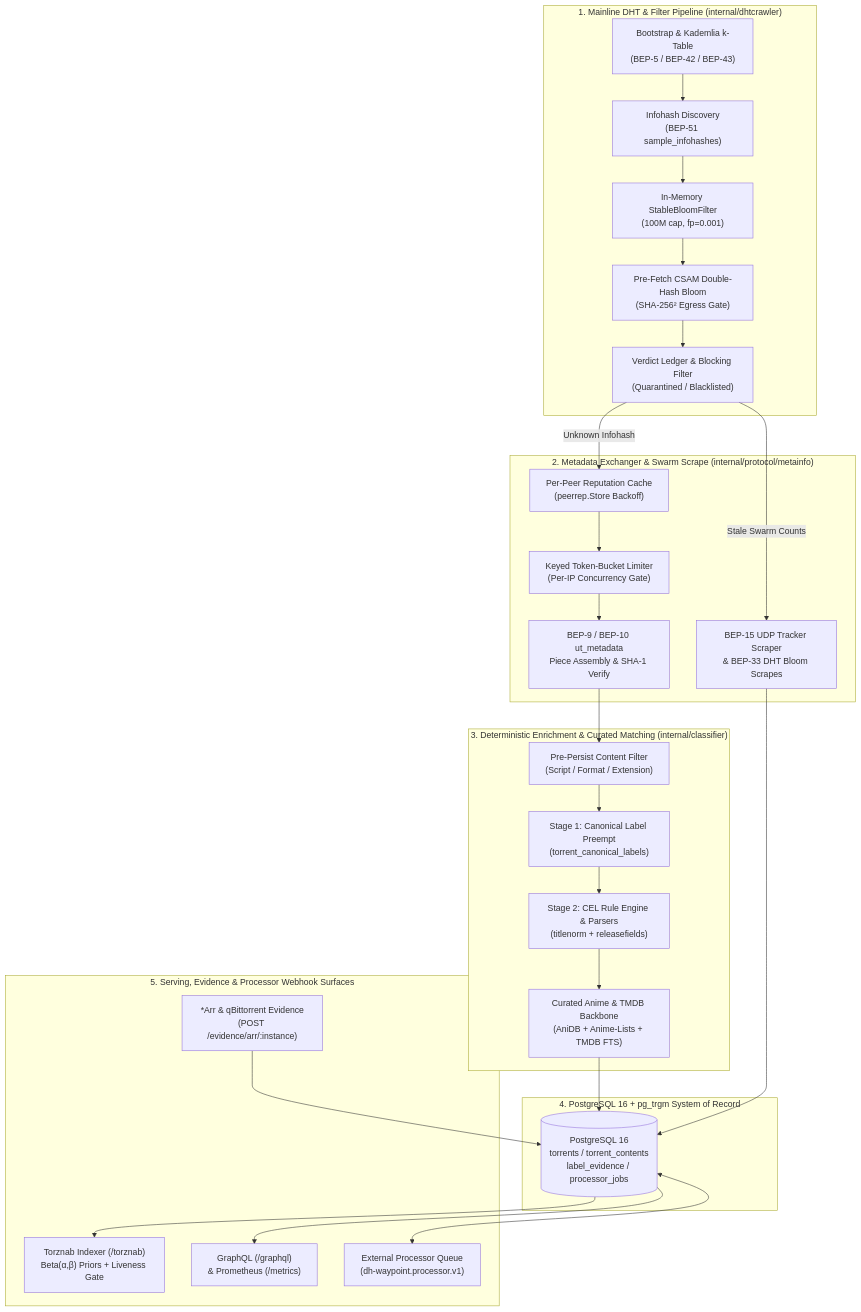
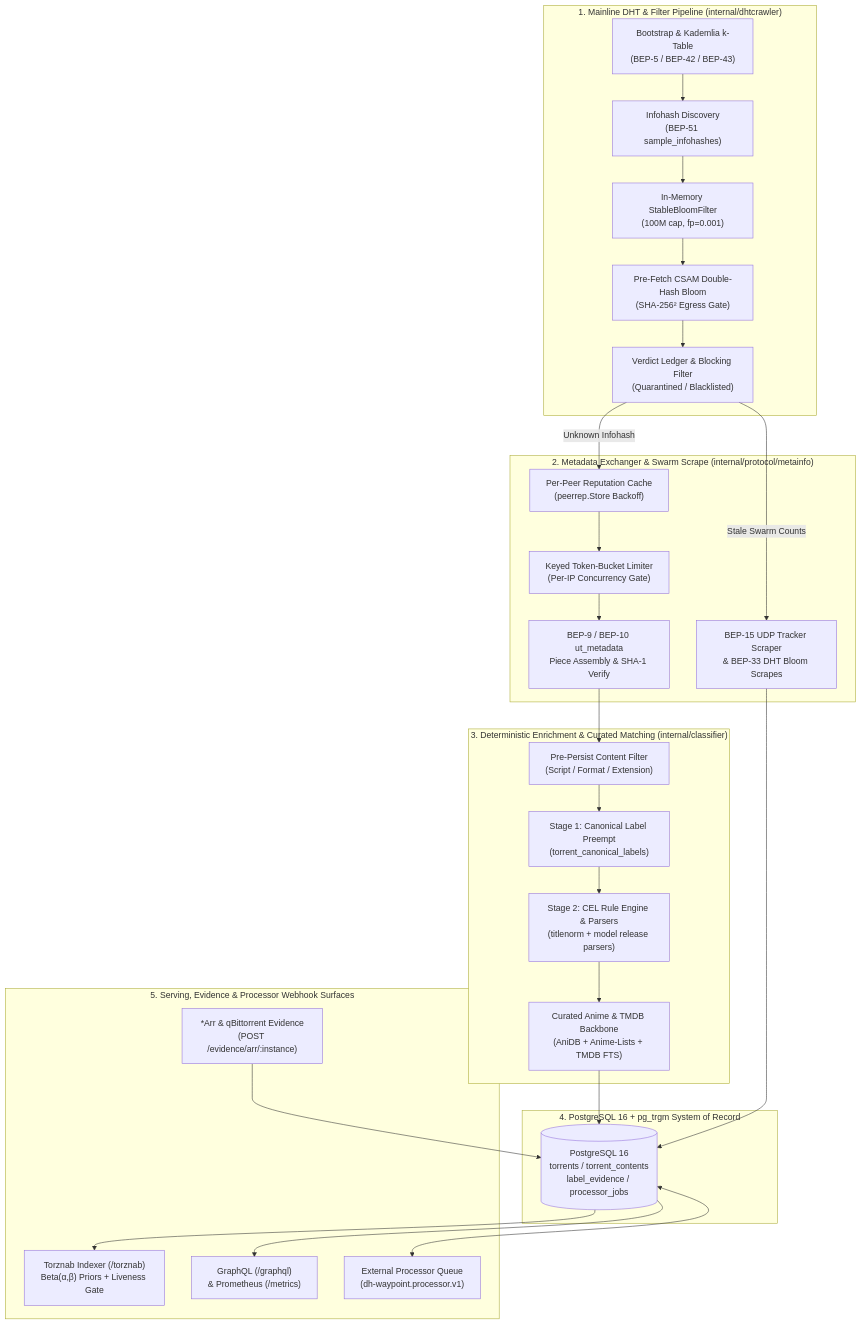
The diagram in docs/architecture.md (spencernorton/DH-Waypoint), drawn with Mermaid before and after one commit. The commit also changed other lines of this file and 49 other files, not shown here.

````diff
--- a/docs/architecture.md
+++ b/docs/architecture.md
@@ -5,64 +5,64 @@
 ```mermaid
 flowchart TB
     subgraph DHT_Layer ["1. Mainline DHT & Filter Pipeline (internal/dhtcrawler)"]
         Bootstrap["Bootstrap & Kademlia k-Table
 (BEP-5 / BEP-42 / BEP-43)"]
         Sample["Infohash Discovery
 (BEP-51 sample_infohashes)"]
         IgnoreBloom["In-Memory StableBloomFilter
 (100M cap, fp=0.001)"]
         CSAMPre["Pre-Fetch CSAM Double-Hash Bloom
 (SHA-256² Egress Gate)"]
         VerdictGate["Verdict Ledger & Blocking Filter
 (Quarantined / Blacklisted)"]
         Bootstrap --> Sample --> IgnoreBloom --> CSAMPre --> VerdictGate
     end
 
     subgraph Fetch_Layer ["2. Metadata Exchanger & Swarm Scrape (internal/protocol/metainfo)"]
         PeerRep["Per-Peer Reputation Cache
 (peerrep.Store Backoff)"]
         KeyedLim["Keyed Token-Bucket Limiter
 (Per-IP Concurrency Gate)"]
         BEP9["BEP-9 / BEP-10 ut_metadata
 Piece Assembly & SHA-1 Verify"]
         BEP15["BEP-15 UDP Tracker Scraper
 & BEP-33 DHT Bloom Scrapes"]
         VerdictGate -->|Unknown Infohash| PeerRep --> KeyedLim --> BEP9
         VerdictGate -->|Stale Swarm Counts| BEP15
     end
 
     subgraph Enrich_Layer ["3. Deterministic Enrichment & Curated Matching (internal/classifier)"]
         ContentFilter["Pre-Persist Content Filter
 (Script / Format / Extension)"]
         Preempt["Stage 1: Canonical Label Preempt
 (torrent_canonical_labels)"]
         CEL["Stage 2: CEL Rule Engine & Parsers
-(titlenorm + releasefields)"]
+(titlenorm + model release parsers)"]
         AnimeDB["Curated Anime & TMDB Backbone
 (AniDB + Anime-Lists + TMDB FTS)"]
         BEP9 --> ContentFilter --> Preempt --> CEL --> AnimeDB
     end
 
     subgraph Storage_Layer ["4. PostgreSQL 16 + pg_trgm System of Record"]
         PG[("PostgreSQL 16
 torrents / torrent_contents
 label_evidence / processor_jobs")]
         AnimeDB --> PG
         BEP15 --> PG
     end
 
     subgraph Surface_Layer ["5. Serving, Evidence & Processor Webhook Surfaces"]
         Torznab["Torznab Indexer (/torznab)
 Beta(α,β) Priors + Liveness Gate"]
         GraphQL["GraphQL (/graphql)
 & Prometheus (/metrics)"]
         Evidence["*Arr & qBittorrent Evidence
 (POST /evidence/arr/:instance)"]
         ProcWorker["External Processor Queue
 (dh-waypoint.processor.v1)"]
         PG --> Torznab
         PG --> GraphQL
         Evidence --> PG
         PG <--> ProcWorker
     end
 ```
````
